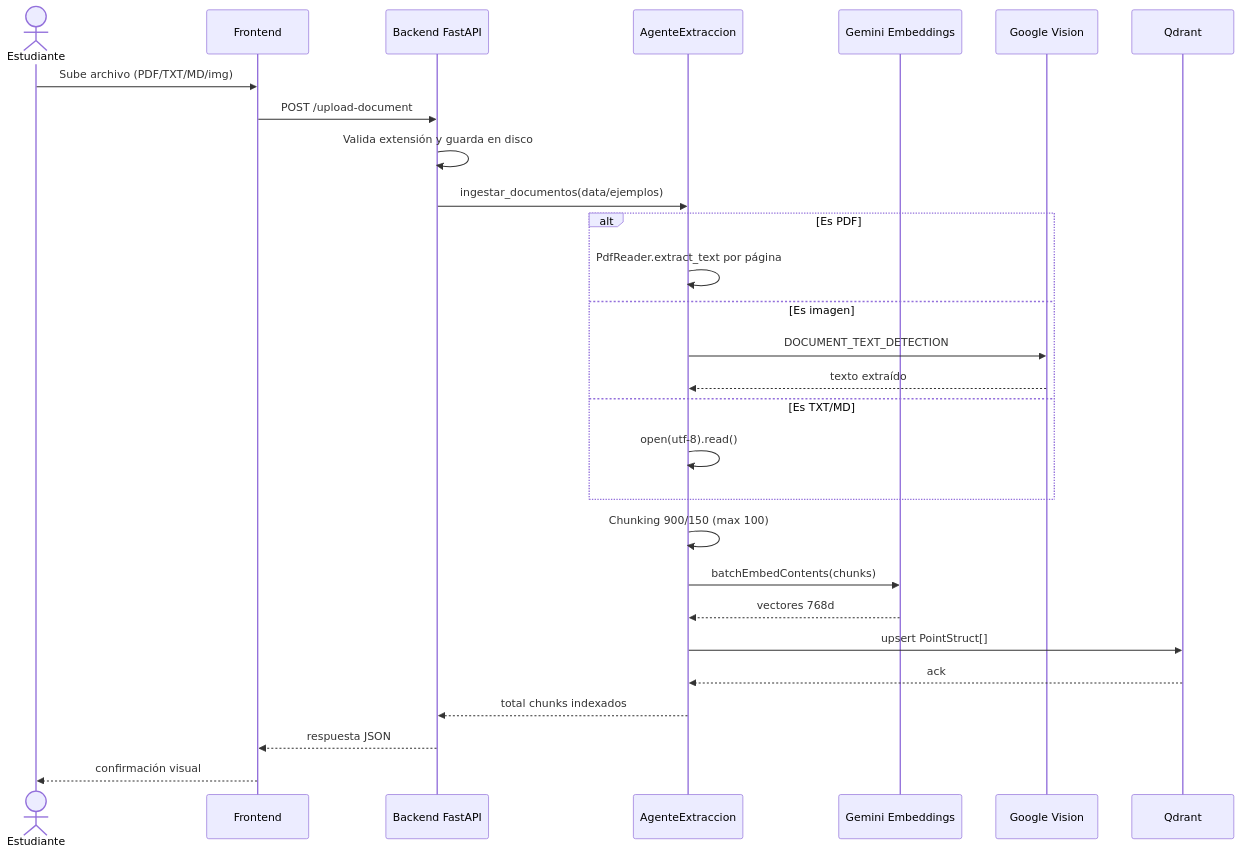
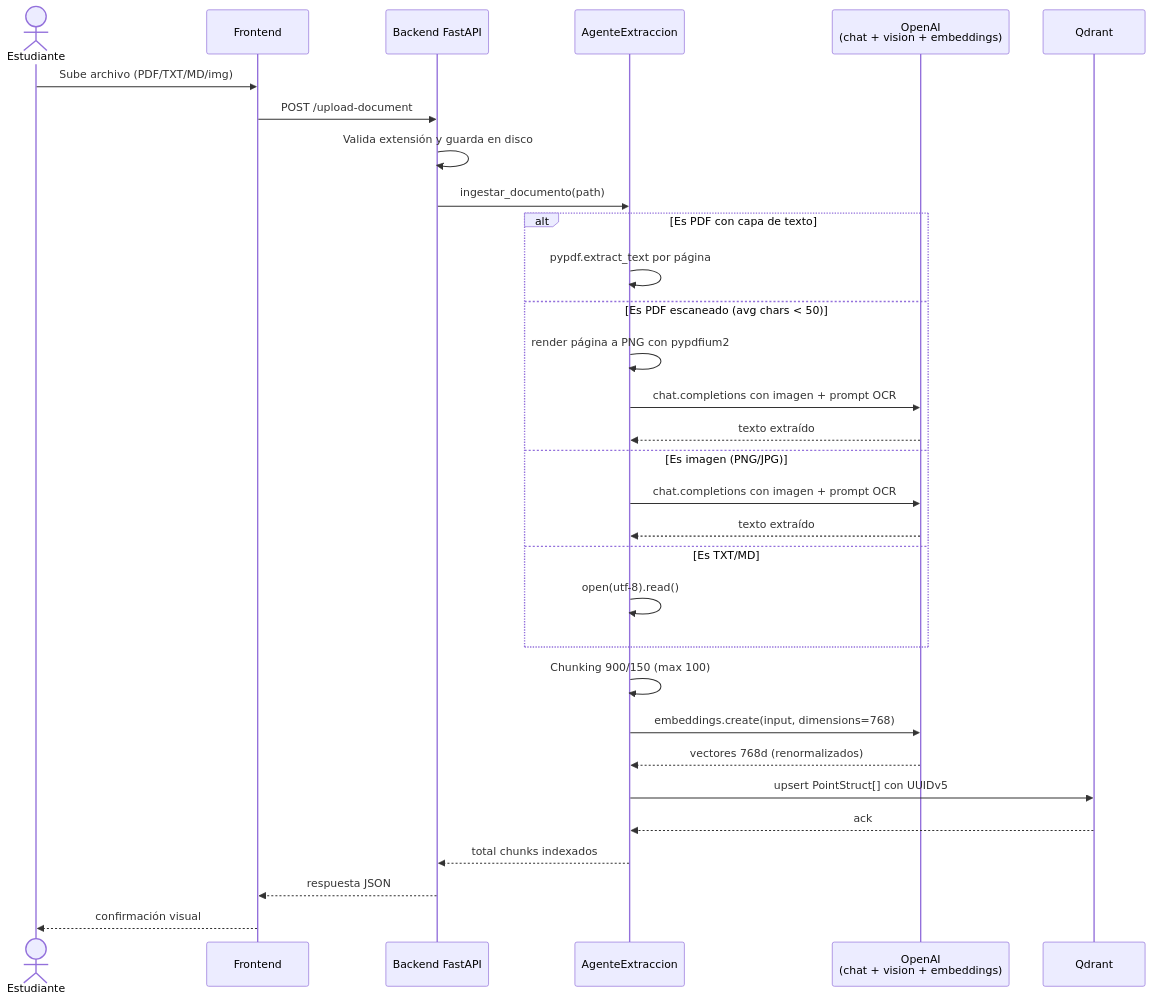
Before and after one commit to imlozano/mentor-ia-v2: the second of 4 diagrams in docs/academic/Arquitectura_Multiagente.md, drawn with Mermaid. The commit also changed other lines of this file and 6 other files, not shown here.

````diff
--- a/docs/academic/Arquitectura_Multiagente.md
+++ b/docs/academic/Arquitectura_Multiagente.md
@@ -278,31 +278,34 @@
 ```mermaid
 sequenceDiagram
     actor U as Estudiante
     participant FE as Frontend
     participant BE as Backend FastAPI
     participant AE as AgenteExtraccion
-    participant GE as Gemini Embeddings
-    participant GV as Google Vision
+    participant OAI as OpenAI<br/>(chat + vision + embeddings)
     participant QD as Qdrant
 
     U->>FE: Sube archivo (PDF/TXT/MD/img)
     FE->>BE: POST /upload-document
     BE->>BE: Valida extensión y guarda en disco
-    BE->>AE: ingestar_documentos(data/ejemplos)
-    alt Es PDF
-        AE->>AE: PdfReader.extract_text por página
-    else Es imagen
-        AE->>GV: DOCUMENT_TEXT_DETECTION
-        GV-->>AE: texto extraído
+    BE->>AE: ingestar_documento(path)
+    alt Es PDF con capa de texto
+        AE->>AE: pypdf.extract_text por página
+    else Es PDF escaneado (avg chars < 50)
+        AE->>AE: render página a PNG con pypdfium2
+        AE->>OAI: chat.completions con imagen + prompt OCR
+        OAI-->>AE: texto extraído
+    else Es imagen (PNG/JPG)
+        AE->>OAI: chat.completions con imagen + prompt OCR
+        OAI-->>AE: texto extraído
     else Es TXT/MD
         AE->>AE: open(utf-8).read()
     end
     AE->>AE: Chunking 900/150 (max 100)
-    AE->>GE: batchEmbedContents(chunks)
-    GE-->>AE: vectores 768d
-    AE->>QD: upsert PointStruct[]
+    AE->>OAI: embeddings.create(input, dimensions=768)
+    OAI-->>AE: vectores 768d (renormalizados)
+    AE->>QD: upsert PointStruct[] con UUIDv5
     QD-->>AE: ack
     AE-->>BE: total chunks indexados
     BE-->>FE: respuesta JSON
     FE-->>U: confirmación visual
 ```
````
